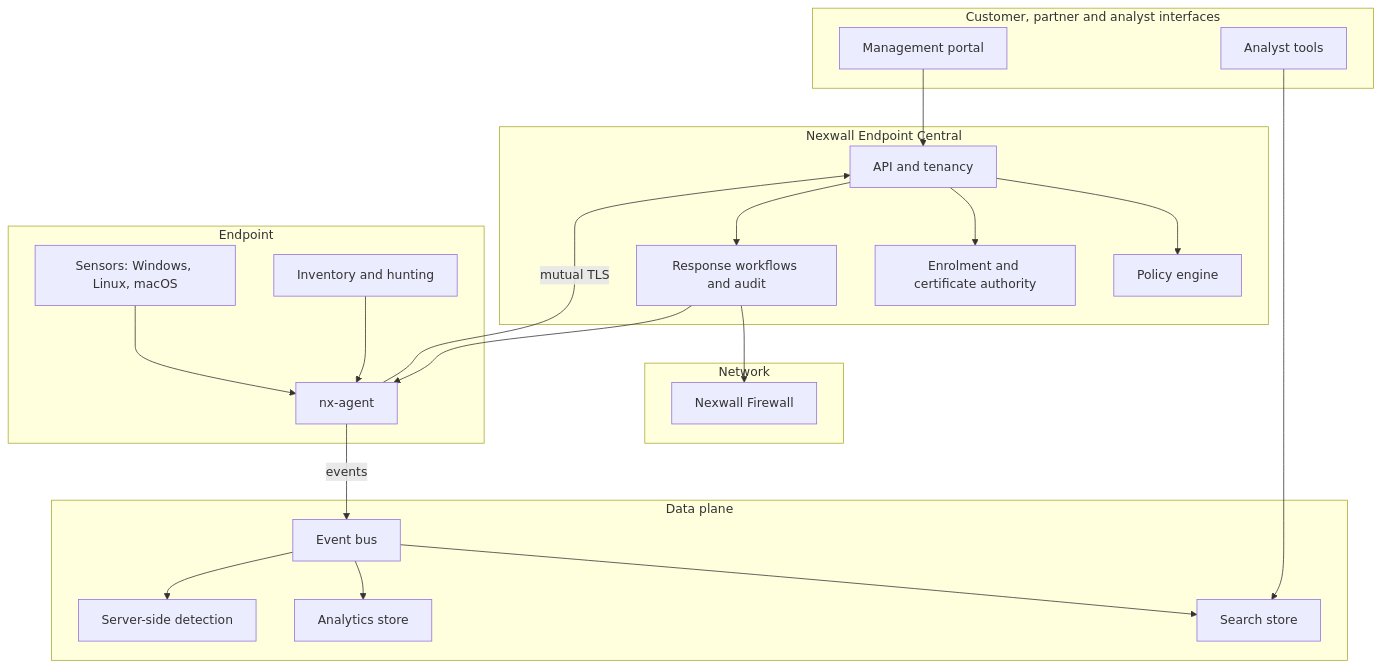
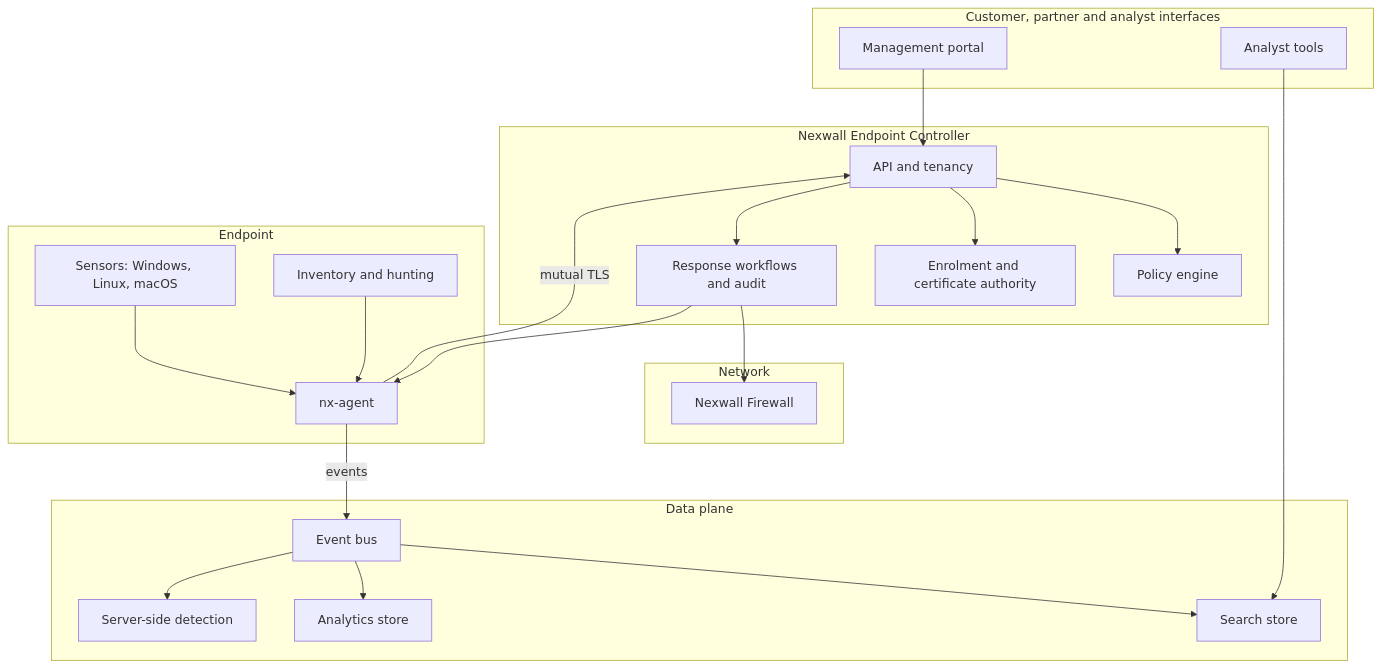
One commit to nexwall/nexwall-endpoint-doc changed the first of 3 diagrams in docs/design/architecture.md. Above: the diagram before and after it, drawn with Mermaid. The commit also changed other lines of this file and 7 other files, not shown here.

First line of the commit message:
Design docs: Central renamed to Controller; status page updated (signed policy, sensor channel, durable queue, batch ingest, updater logic)

````diff
--- a/docs/design/architecture.md
+++ b/docs/design/architecture.md
@@ -10,41 +10,41 @@
 ```mermaid
 flowchart TB
   subgraph UI["Customer, partner and analyst interfaces"]
     PORTAL["Management portal"]
     ANALYST["Analyst tools"]
   end
-  subgraph CENTRAL["Nexwall Endpoint Central"]
+  subgraph CTRL["Nexwall Endpoint Controller"]
     API["API and tenancy"]
     POLICY["Policy engine"]
     PKI["Enrolment and certificate authority"]
     RESP["Response workflows and audit"]
   end
   subgraph DATA["Data plane"]
     BUS["Event bus"]
     SEARCH["Search store"]
     ANALYTICS["Analytics store"]
     DETECT["Server-side detection"]
   end
   subgraph NET["Network"]
     FW["Nexwall Firewall"]
   end
   subgraph EP["Endpoint"]
     AGENT["nx-agent"]
     SENSORS["Sensors: Windows, Linux, macOS"]
     INV["Inventory and hunting"]
   end
   PORTAL --> API
   ANALYST --> SEARCH
   API --> POLICY
   API --> PKI
   API --> RESP
   AGENT -- "mutual TLS" --> API
   AGENT -- "events" --> BUS
   SENSORS --> AGENT
   INV --> AGENT
   BUS --> SEARCH
   BUS --> ANALYTICS
   BUS --> DETECT
   RESP --> FW
   RESP --> AGENT
 ```
````
